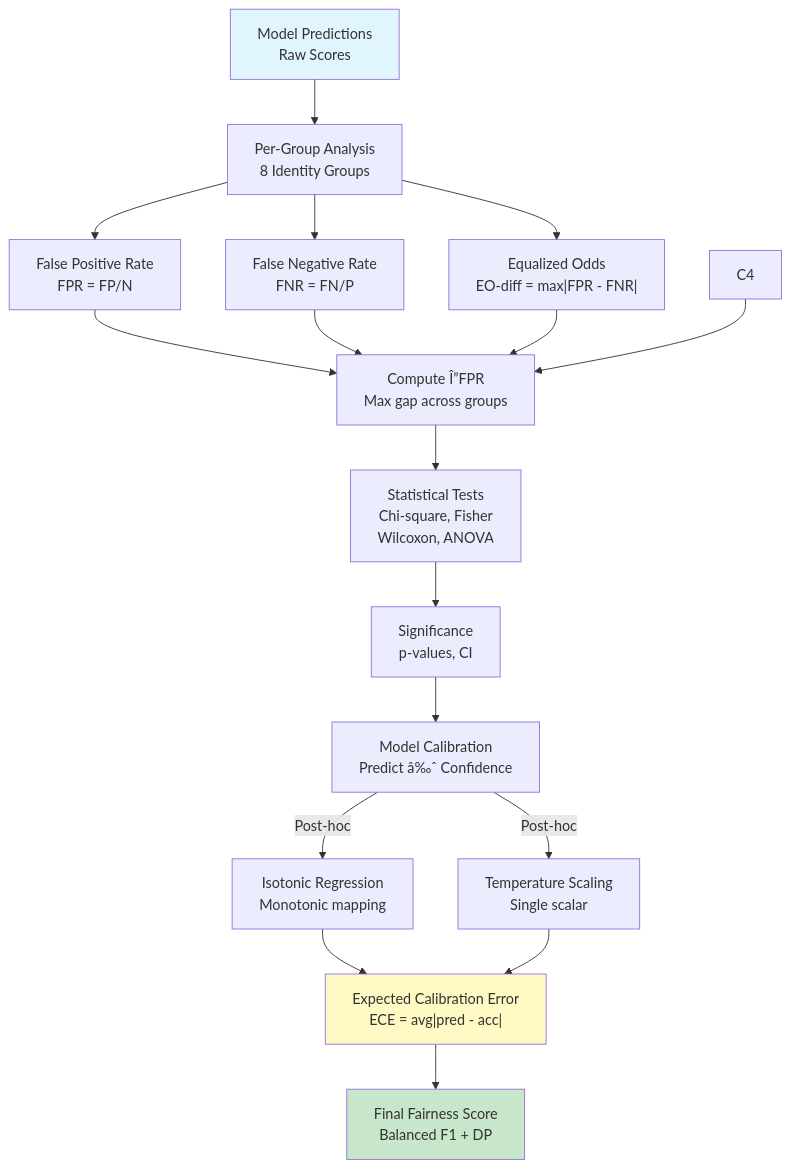
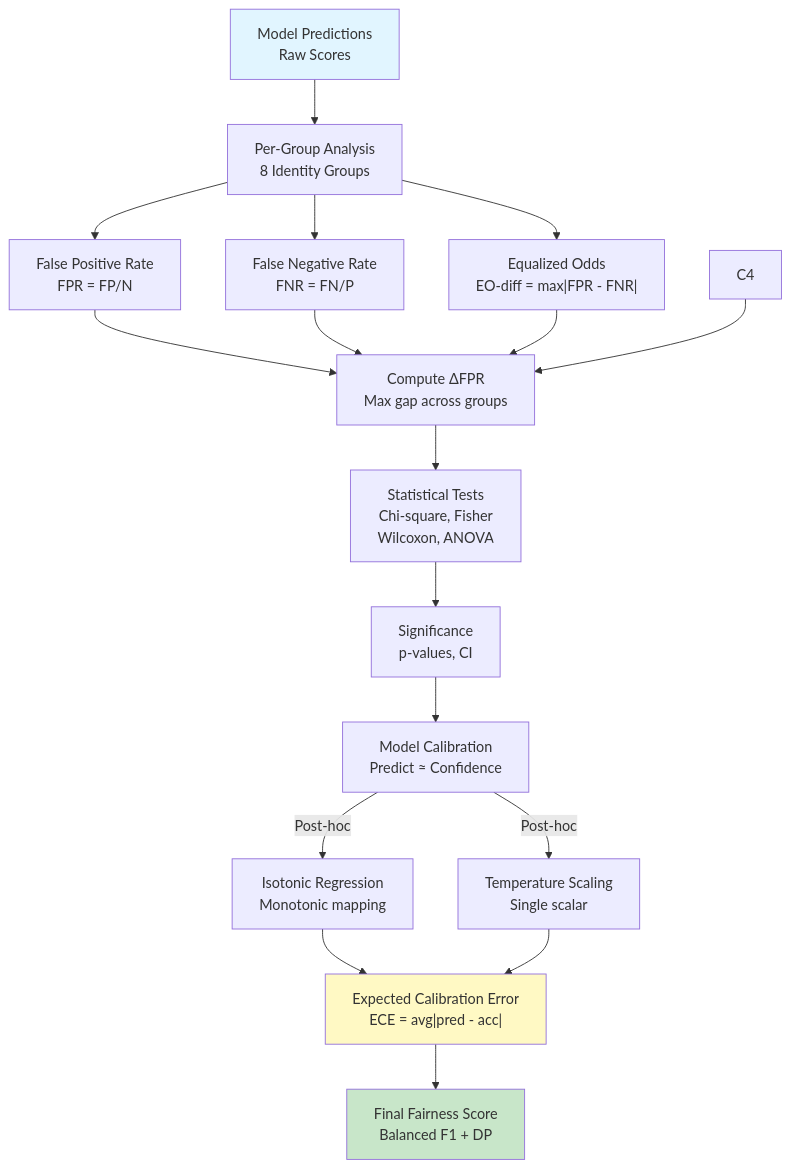
The seventh of 9 diagrams in Docs/Architectures.md (anonymous5987169-sys/COUNTER-HATE-Multimodal-Counterfactual-Augmentation-for-Bias-Aware-Hate-Speech-Detection), drawn with Mermaid before and after one commit. The commit also changed other lines of this file, not shown here.

````diff
--- a/Docs/Architectures.md
+++ b/Docs/Architectures.md
@@ -299,31 +300,31 @@
 ```mermaid
 graph TD
     A["Model Predictions<br/>Raw Scores"] --> B["Per-Group Analysis<br/>8 Identity Groups"]
     
     B --> C1["False Positive Rate<br/>FPR = FP/N"]
     B --> C2["False Negative Rate<br/>FNR = FN/P"]
     B --> C3["Equalized Odds<br/>EO-diff = max|FPR - FNR|"]
     
-    C1 --> D["Compute Î”FPR<br/>Max gap across groups"]
+    C1 --> D["Compute ΔFPR<br/>Max gap across groups"]
     C2 --> D
     C3 --> D
     C4 --> D
     
     D --> E["Statistical Tests<br/>Chi-square, Fisher<br/>Wilcoxon, ANOVA"]
     
     E --> F["Significance<br/>p-values, CI"]
     
-    F --> G["Model Calibration<br/>Predict â‰ˆ Confidence"]
+    F --> G["Model Calibration<br/>Predict ≈ Confidence"]
     
     G -->|Post-hoc| H1["Isotonic Regression<br/>Monotonic mapping"]
     G -->|Post-hoc| H2["Temperature Scaling<br/>Single scalar"]
     
     H1 --> I["Expected Calibration Error<br/>ECE = avg|pred - acc|"]
     H2 --> I
     
     I --> J["Final Fairness Score<br/>Balanced F1 + DP"]
     
     style A fill:#e1f5ff
     style I fill:#fff9c4
     style J fill:#c8e6c9
 ```
````
